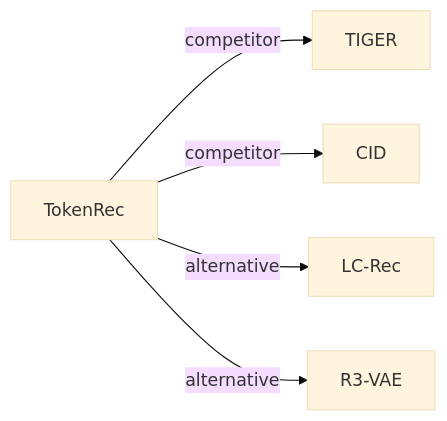
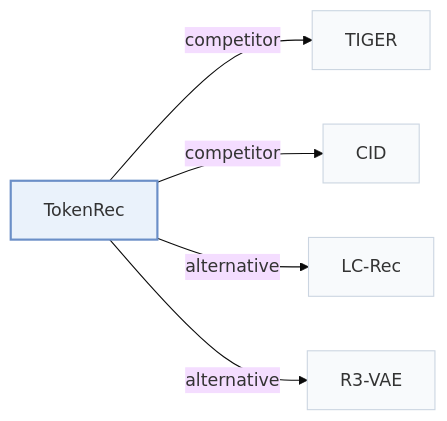
Before and after one commit to Galaxy-ghost/Awesome-SID-Generative-Rec: the third of 3 diagrams in pages/papers/tokenrec.md, drawn with Mermaid (base theme). The commit also changed other lines of this file and 649 other files, not shown here.

Commit message:
writer-05: also tags and modality index (schema, check, build, visuals); summary field removed; calibration data for 12 papers

````diff
--- a/pages/papers/tokenrec.md
+++ b/pages/papers/tokenrec.md
@@ -122,8 +132,12 @@
 ```mermaid
 flowchart LR
     P["TokenRec"]
-    P -->|competitor| A["TIGER"]
-    P -->|competitor| B["CID"]
-    P -->|alternative| C["LC-Rec"]
-    P -->|alternative| D["R3-VAE"]
+    P -->|"competitor"| A["TIGER"]
+    P -->|"competitor"| B["CID"]
+    P -->|"alternative"| C["LC-Rec"]
+    P -->|"alternative"| D["R3-VAE"]
+    classDef main fill:#eaf2fb,stroke:#6b8fc7,stroke-width:2px
+    classDef peer fill:#f8fafc,stroke:#cbd5e1
+    class P main
+    class A,B,C,D peer
 ```
````
